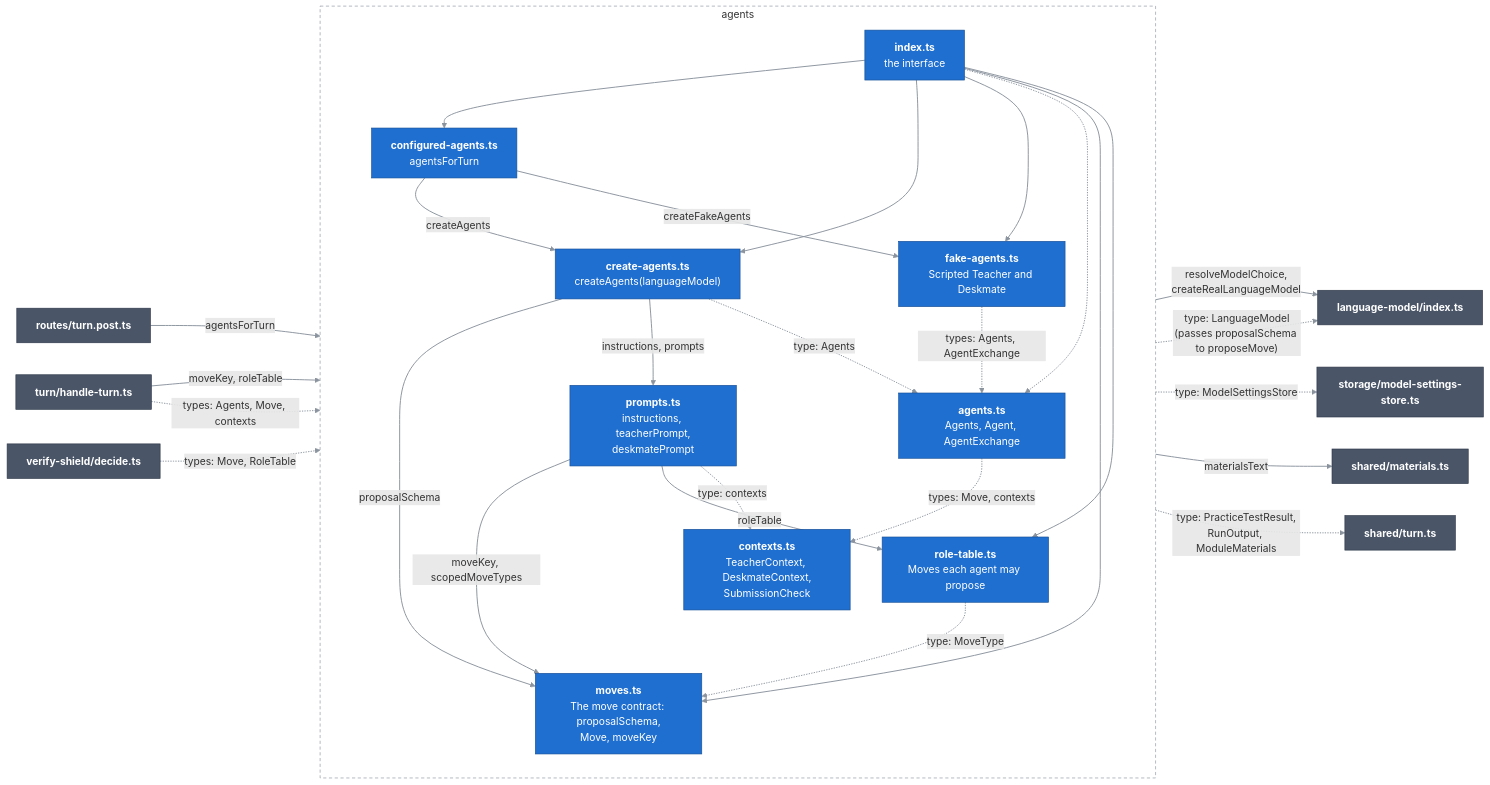
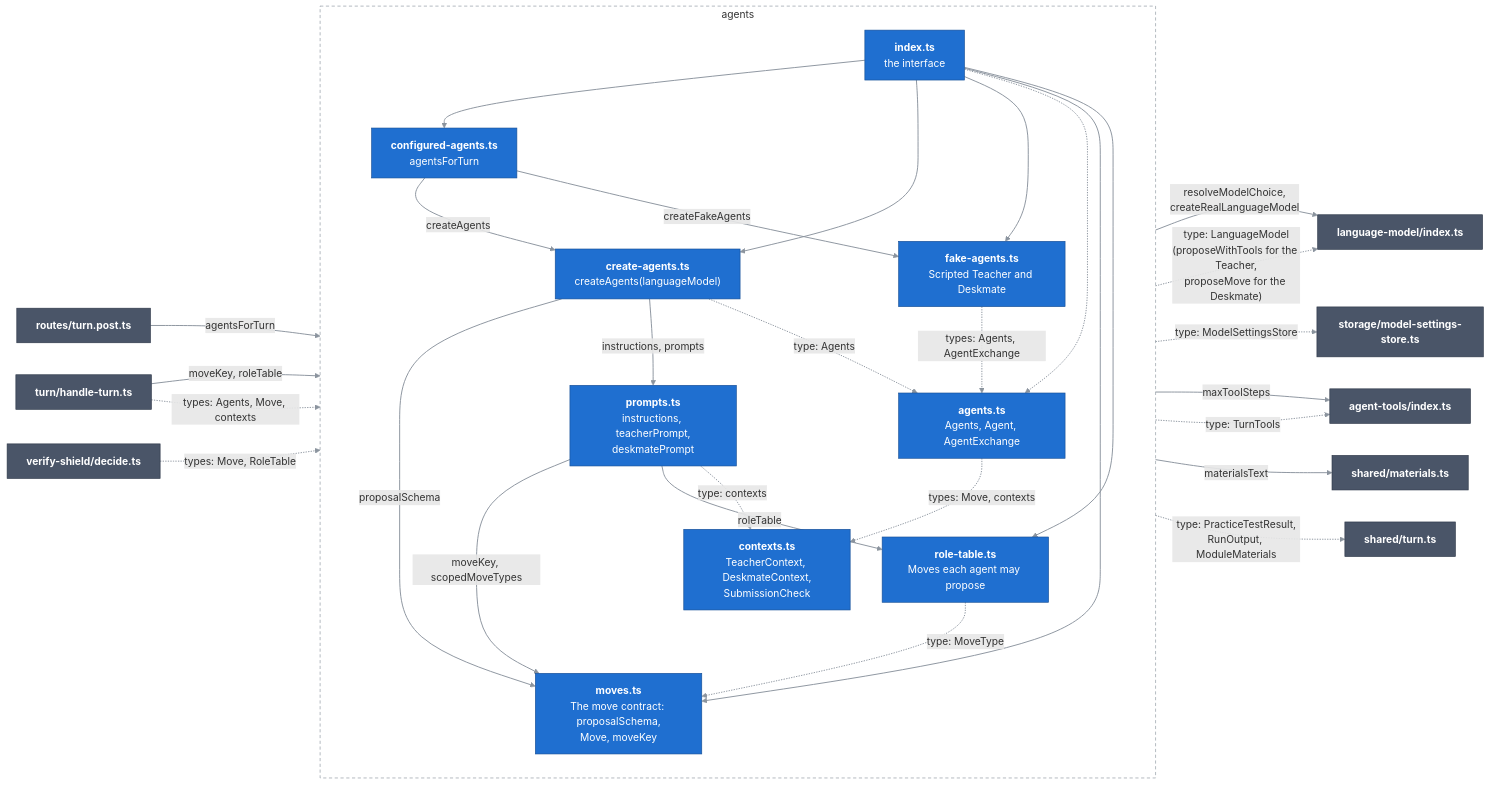
Before and after one commit to Bill2926/COS40005_HN9_Verifiable_Co-Learner_Agent: the diagram in docs/c4/03-components/server/06-agents.md, drawn with Mermaid. The commit also changed other lines of this file and 29 other files, not shown here.

Commit message:
Teacher looks up mastery with a get_student_mastery tool, recorded in tool_trace (#205)

````diff
--- a/docs/c4/03-components/server/06-agents.md
+++ b/docs/c4/03-components/server/06-agents.md
@@ -11,56 +11,59 @@
 ```mermaid
 flowchart LR
   classDef comp fill:#1f6fd0,stroke:#164f96,color:#ffffff
   classDef near fill:#4a5568,stroke:#2d3748,color:#ffffff
   linkStyle default stroke:#8b949e,stroke-width:1.5px
 
   routes["<b>routes/turn.post.ts</b>"]:::near
   turn["<b>turn/handle-turn.ts</b>"]:::near
   lm["<b>language-model/index.ts</b>"]:::near
   storage["<b>storage/model-settings-store.ts</b>"]:::near
   shield["<b>verify-shield/decide.ts</b>"]:::near
   turnTypes["<b>shared/turn.ts</b>"]:::near
   mat["<b>shared/materials.ts</b>"]:::near
+  tools["<b>agent-tools/index.ts</b>"]:::near
 
   subgraph agents["agents"]
     direction TB
     index["<b>index.ts</b><br/>the interface"]:::comp
     configured["<b>configured-agents.ts</b><br/>agentsForTurn"]:::comp
     create["<b>create-agents.ts</b><br/>createAgents(languageModel)"]:::comp
     fake["<b>fake-agents.ts</b><br/>Scripted Teacher and Deskmate"]:::comp
     iface["<b>agents.ts</b><br/>Agents, Agent, AgentExchange"]:::comp
     prompts["<b>prompts.ts</b><br/>instructions, teacherPrompt,<br/>deskmatePrompt"]:::comp
     moves["<b>moves.ts</b><br/>The move contract: proposalSchema,<br/>Move, moveKey"]:::comp
     roles["<b>role-table.ts</b><br/>Moves each agent may propose"]:::comp
     contexts["<b>contexts.ts</b><br/>TeacherContext, DeskmateContext,<br/>SubmissionCheck"]:::comp
   end
 
   routes -->|"agentsForTurn"| index
   turn -->|"moveKey, roleTable"| index
   turn -.->|"types: Agents, Move, contexts"| index
   shield -.->|"types: Move, RoleTable"| index
   index --> configured
   index --> create
   index --> fake
   index -.-> iface
   index --> moves
   index --> roles
   roles -.->|"type: MoveType"| moves
   configured -->|"resolveModelChoice,<br/>createRealLanguageModel"| lm
   configured -->|"createAgents"| create
   configured -->|"createFakeAgents"| fake
   configured -.->|"type: ModelSettingsStore"| storage
-  create -.->|"type: LanguageModel<br/>(passes proposalSchema to proposeMove)"| lm
+  create -.->|"type: LanguageModel<br/>(proposeWithTools for the Teacher,<br/>proposeMove for the Deskmate)"| lm
   create -->|"proposalSchema"| moves
+  create -->|"maxToolSteps"| tools
+  iface -.->|"type: TurnTools"| tools
   create -->|"instructions, prompts"| prompts
   create -.->|"type: Agents"| iface
   fake -.->|"types: Agents, AgentExchange"| iface
   prompts -->|"materialsText"| mat
   prompts -->|"moveKey, scopedMoveTypes"| moves
   prompts -->|"roleTable"| roles
   prompts -.->|"type: contexts"| contexts
   iface -.->|"types: Move, contexts"| contexts
   contexts -.->|"type: PracticeTestResult,<br/>RunOutput, ModuleMaterials"| turnTypes
 
   style agents fill:none,stroke:#8b949e,stroke-dasharray:5 4
 ```
````
